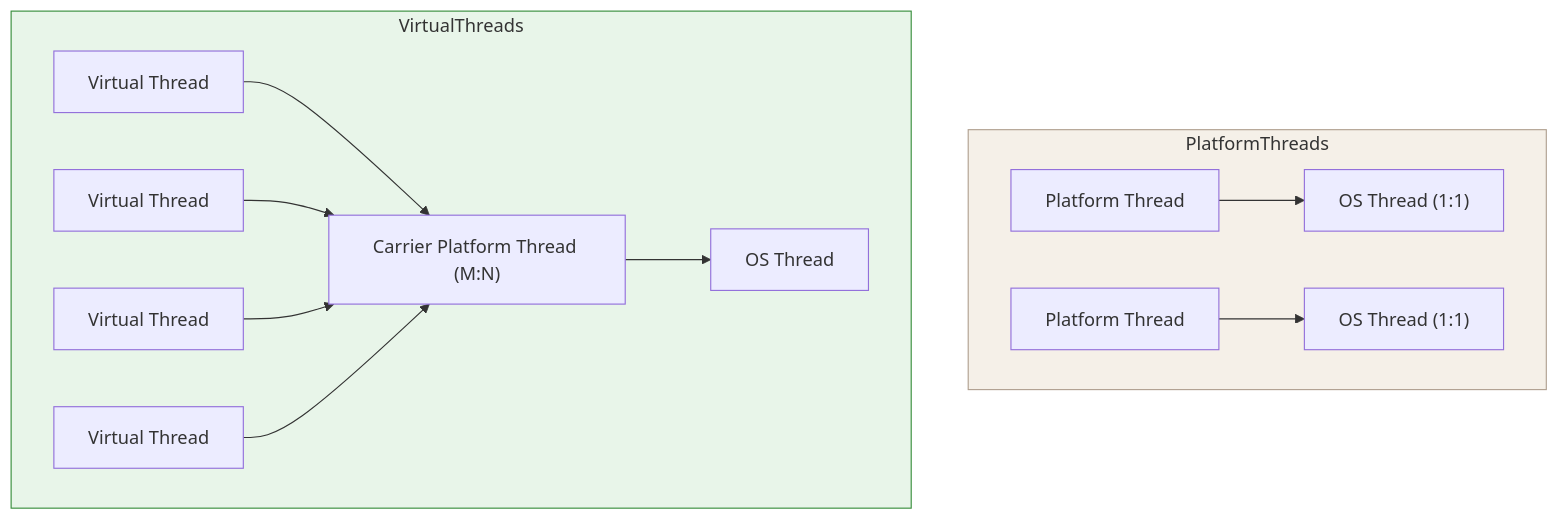
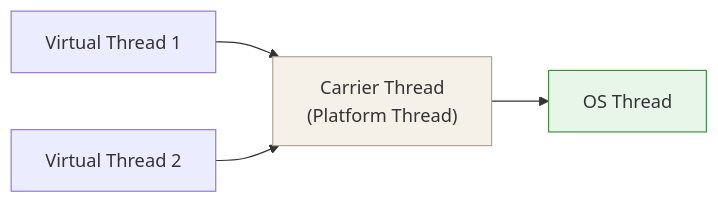
One commit to akardapolov/software-atlas changed the ninth of 16 diagrams in docs/languages/java/index.md. Above: the diagram before and after it, drawn with Mermaid. The commit also changed other lines of this file and 13 other files, not shown here.

````diff
--- a/docs/languages/java/index.md
+++ b/docs/languages/java/index.md
@@ -868,16 +343,8 @@
 ```mermaid
-flowchart TD
-    subgraph PlatformThreads
-        PT1["Platform Thread"] --> OS1["OS Thread (1:1)"]
-        PT2["Platform Thread"] --> OS2["OS Thread (1:1)"]
-    end
-    subgraph VirtualThreads
-        VT1["Virtual Thread"] --> Carrier["Carrier Platform Thread (M:N)"]
-        VT2["Virtual Thread"] --> Carrier
-        VT3["Virtual Thread"] --> Carrier
-        VT4["Virtual Thread"] --> Carrier
-        Carrier --> OS3["OS Thread"]
-    end
-    style PlatformThreads fill:#f5f0e8,stroke:#b0a090
-    style VirtualThreads fill:#e8f5e9,stroke:#388e3c
+flowchart LR
+    VT1["Virtual Thread 1"] --> Carrier["Carrier Thread<br/>(Platform Thread)"]
+    VT2["Virtual Thread 2"] --> Carrier
+    Carrier --> OS["OS Thread"]
+    style Carrier fill:#f5f0e8,stroke:#b0a090
+    style OS fill:#e8f5e9,stroke:#388e3c
 ```
````
